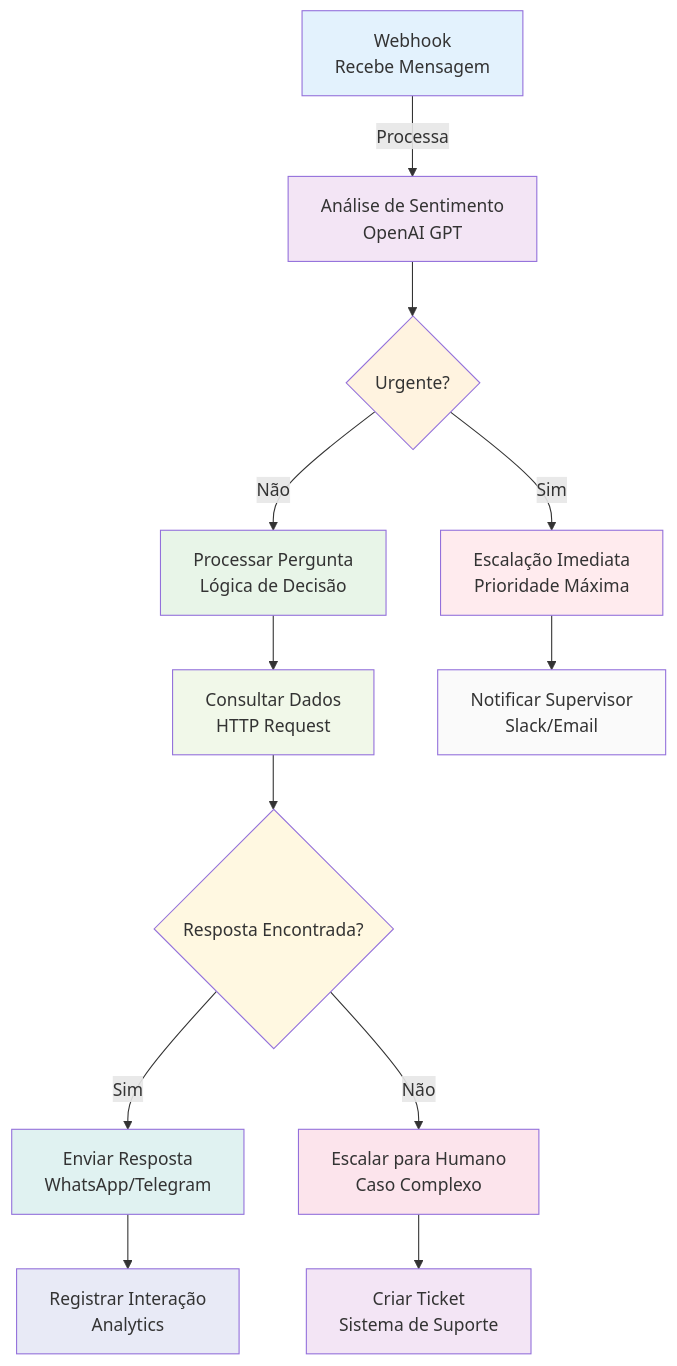
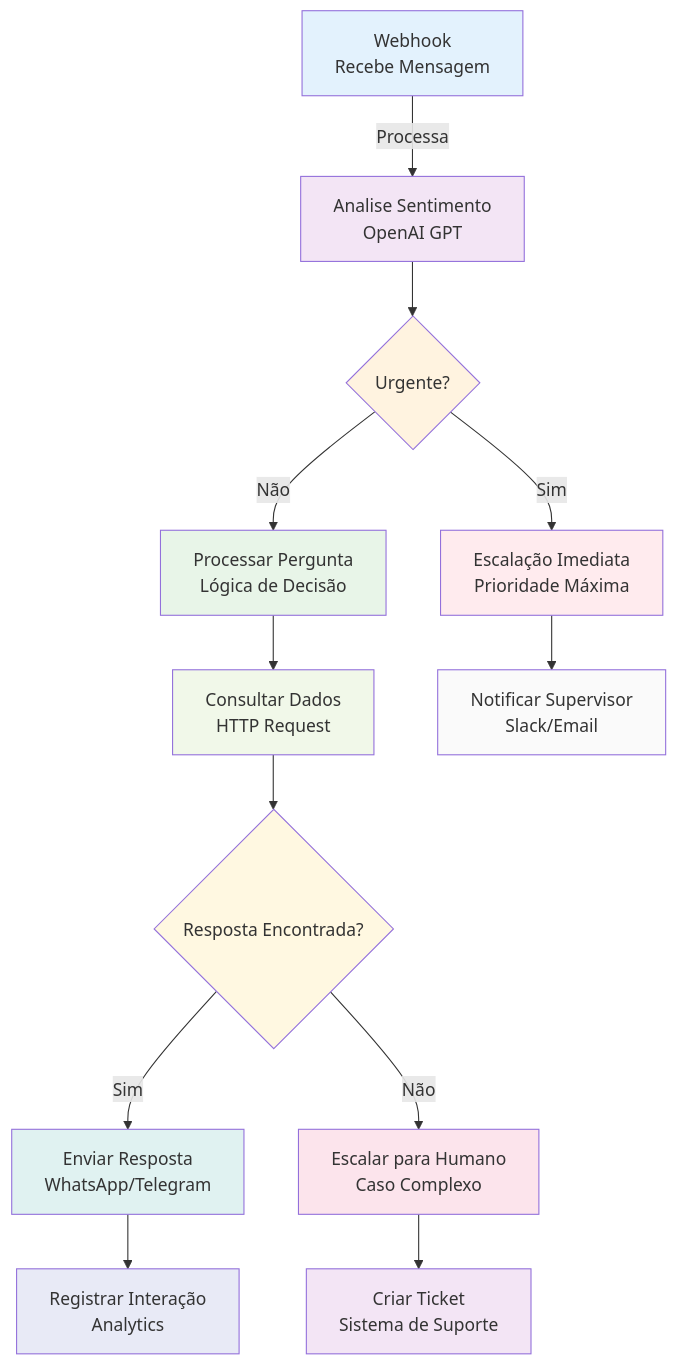
The second of 9 diagrams in docs/advanced-ai/exemplos-casos/chatbot-suporte.mdx (tatyquebralayout/n8n-Doc-PT-BR), drawn with Mermaid before and after one commit. The commit also changed other lines of this file and 10 other files, not shown here.

````diff
--- a/docs/advanced-ai/exemplos-casos/chatbot-suporte.mdx
+++ b/docs/advanced-ai/exemplos-casos/chatbot-suporte.mdx
@@ -556,27 +556,27 @@
 ```mermaid
 graph TD
-    A[<ion-icon name="chatbubble-ellipses-outline"></ion-icon> Webhook<br/>Recebe Mensagem] -->|Processa| B[<ion-icon name="analytics-outline"></ion-icon> Análise de Sentimento<br/>OpenAI GPT]
+    A[<ion-icon name="chatbubble-ellipses-outline"></ion-icon> Webhook<br/>Recebe Mensagem] -->|Processa| B[<ion-icon name="analytics-outline"></ion-icon> Analise Sentimento<br/>OpenAI GPT]
     B --> C{<ion-icon name="alert-circle-outline"></ion-icon> Urgente?}
     C -->|Sim| D[<ion-icon name="alert-outline"></ion-icon> Escalação Imediata<br/>Prioridade Máxima]
     C -->|Não| E[<ion-icon name="chatbubbles-outline"></ion-icon> Processar Pergunta<br/>Lógica de Decisão]
     E --> F[<ion-icon name="search-outline"></ion-icon> Consultar Dados<br/>HTTP Request]
     F --> G{<ion-icon name="bulb-outline"></ion-icon> Resposta Encontrada?}
     G -->|Sim| H[<ion-icon name="send-outline"></ion-icon> Enviar Resposta<br/>WhatsApp/Telegram]
     G -->|Não| I[<ion-icon name="people-outline"></ion-icon> Escalar para Humano<br/>Caso Complexo]
     D --> J[<ion-icon name="notifications-outline"></ion-icon> Notificar Supervisor<br/>Slack/Email]
     I --> K[<ion-icon name="ticket-outline"></ion-icon> Criar Ticket<br/>Sistema de Suporte]
     H --> L[<ion-icon name="document-text-outline"></ion-icon> Registrar Interação<br/>Analytics]
     
     style A fill:#e3f2fd
     style B fill:#f3e5f5
     style C fill:#fff3e0
     style D fill:#ffebee
     style E fill:#e8f5e8
     style F fill:#f1f8e9
     style G fill:#fff8e1
     style H fill:#e0f2f1
     style I fill:#fce4ec
     style J fill:#fafafa
     style K fill:#f3e5f5
     style L fill:#e8eaf6
 ```
````
